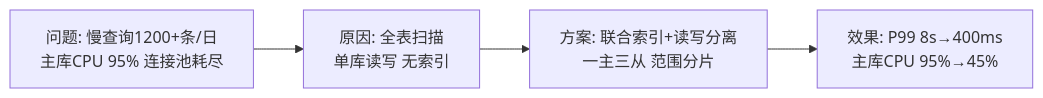
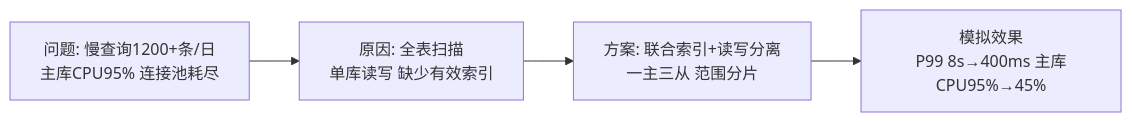
The sixth of 6 diagrams in 02-论文专题/0011-性能优化/00-大纲记忆卡.md (EdgarLQS/SoftwareArchitectureExamGuide), drawn with Mermaid before and after one commit. The commit also changed other lines of this file, not shown here.

````diff
--- a/02-论文专题/0011-性能优化/00-大纲记忆卡.md
+++ b/02-论文专题/0011-性能优化/00-大纲记忆卡.md
@@ -72,6 +89,6 @@
 ```mermaid
 flowchart LR
-    A["问题: 慢查询1200+条/日<br/>主库CPU 95% 连接池耗尽"] --> B["原因: 全表扫描<br/>单库读写 无索引"]
+    A["问题: 慢查询1200+条/日<br/>主库CPU95% 连接池耗尽"] --> B["原因: 全表扫描<br/>单库读写 缺少有效索引"]
     B --> C["方案: 联合索引+读写分离<br/>一主三从 范围分片"]
-    C --> D["效果: P99 8s→400ms<br/>主库CPU 95%→45%"]
+    C --> D["模拟效果<br/>P99 8s→400ms 主库CPU95%→45%"]
 ```
````
